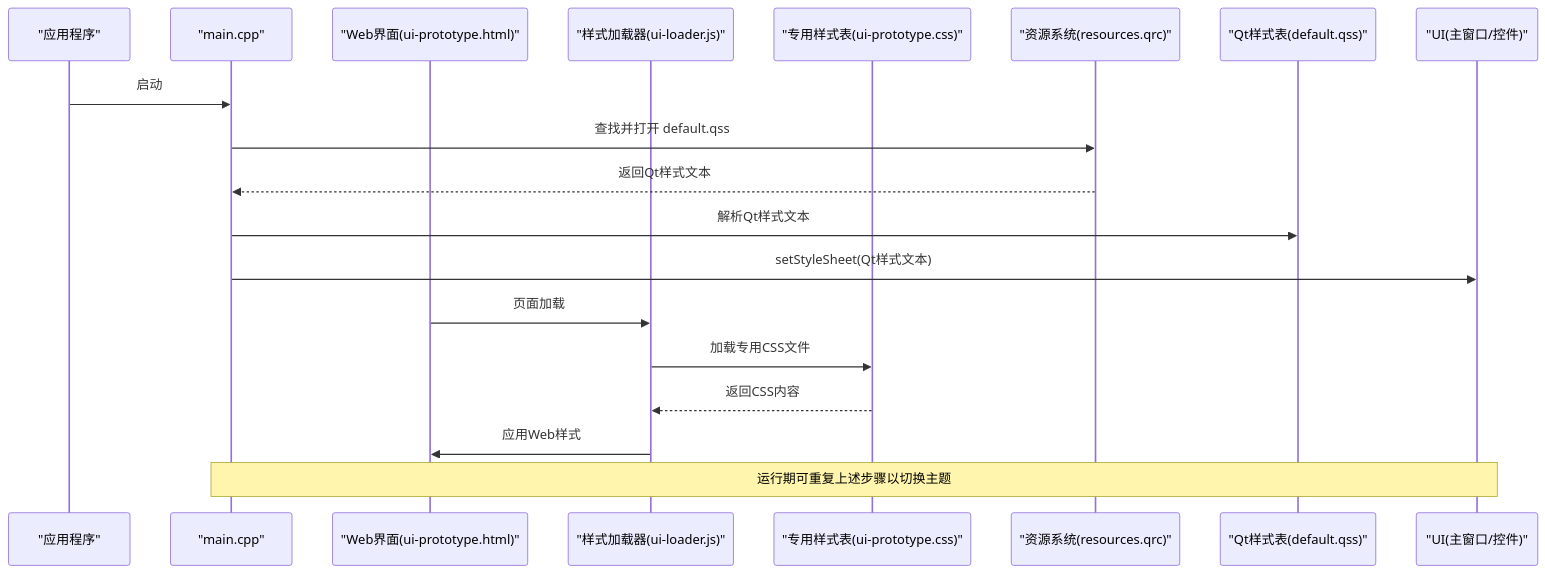
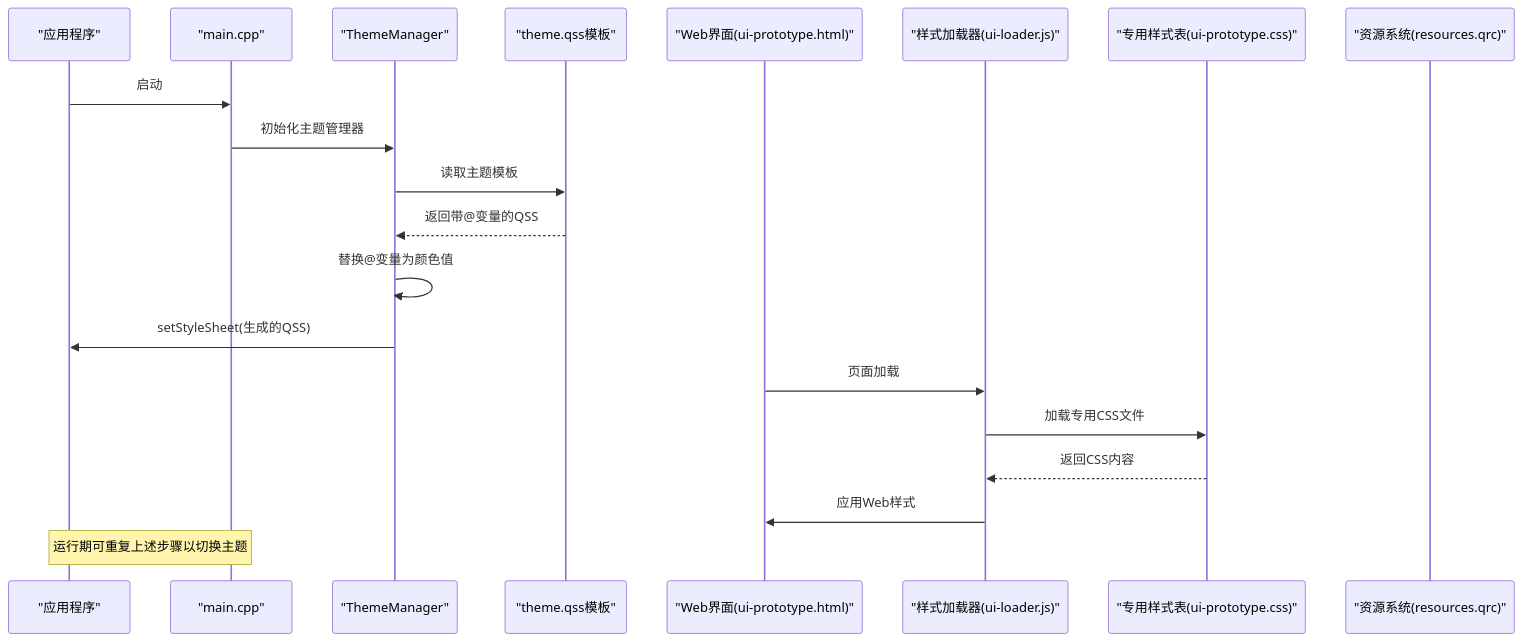
Before and after one commit to jakecai1225-design/OpenBus: the second of 4 diagrams in .qoder/repowiki/zh/content/样式系统/样式系统.md, drawn with Mermaid. The commit also changed other lines of this file and 71 other files, not shown here.

Commit message:
graphic trace

````diff
--- a/.qoder/repowiki/zh/content/样式系统/样式系统.md
+++ b/.qoder/repowiki/zh/content/样式系统/样式系统.md
@@ -116,21 +129,22 @@
 ```mermaid
 sequenceDiagram
 participant App as "应用程序"
 participant Main as "main.cpp"
+participant ThemeMgr as "ThemeManager"
+participant Template as "theme.qss模板"
 participant Web as "Web界面(ui-prototype.html)"
 participant Loader as "样式加载器(ui-loader.js)"
 participant CSS as "专用样式表(ui-prototype.css)"
 participant Res as "资源系统(resources.qrc)"
-participant QSS as "Qt样式表(default.qss)"
-participant UI as "UI(主窗口/控件)"
 App->>Main : 启动
-Main->>Res : 查找并打开 default.qss
-Res-->>Main : 返回Qt样式文本
-Main->>QSS : 解析Qt样式文本
-Main->>UI : setStyleSheet(Qt样式文本)
+Main->>ThemeMgr : 初始化主题管理器
+ThemeMgr->>Template : 读取主题模板
+Template-->>ThemeMgr : 返回带@变量的QSS
+ThemeMgr->>ThemeMgr : 替换@变量为颜色值
+ThemeMgr->>App : setStyleSheet(生成的QSS)
 Web->>Loader : 页面加载
 Loader->>CSS : 加载专用CSS文件
 CSS-->>Loader : 返回CSS内容
 Loader->>Web : 应用Web样式
-Note over Main,UI : 运行期可重复上述步骤以切换主题
+Note over Main,App : 运行期可重复上述步骤以切换主题
 ```
````
